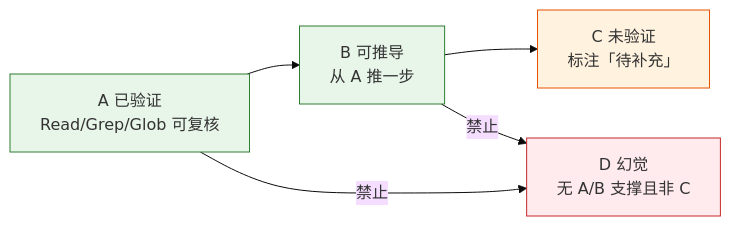
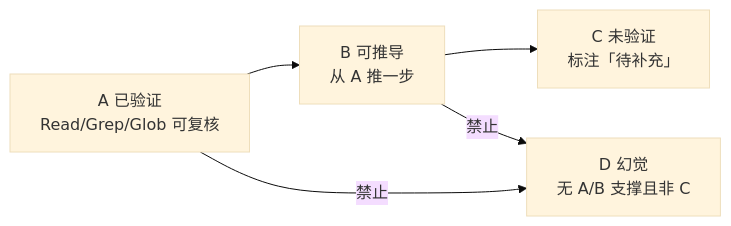
The third of 7 diagrams in agents/AGENT.md (effiy/YrY), drawn with Mermaid (base theme) before and after one commit. The commit also changed other lines of this file and 9 other files, not shown here.

````diff
--- a/agents/AGENT.md
+++ b/agents/AGENT.md
@@ -98,10 +95,7 @@
 ```mermaid
 flowchart LR
     A["A 已验证<br/>Read/Grep/Glob 可复核"]:::ok --> B["B 可推导<br/>从 A 推一步"]:::ok
     B --> C["C 未验证<br/>标注「待补充」"]:::warn
     A & B -->|禁止| D["D 幻觉<br/>无 A/B 支撑且非 C"]:::bad
 
-    classDef ok fill:#e8f5e9,stroke:#2e7d32;
-    classDef warn fill:#fff3e0,stroke:#e65100;
-    classDef bad fill:#ffebee,stroke:#c62828;
 ```
````
